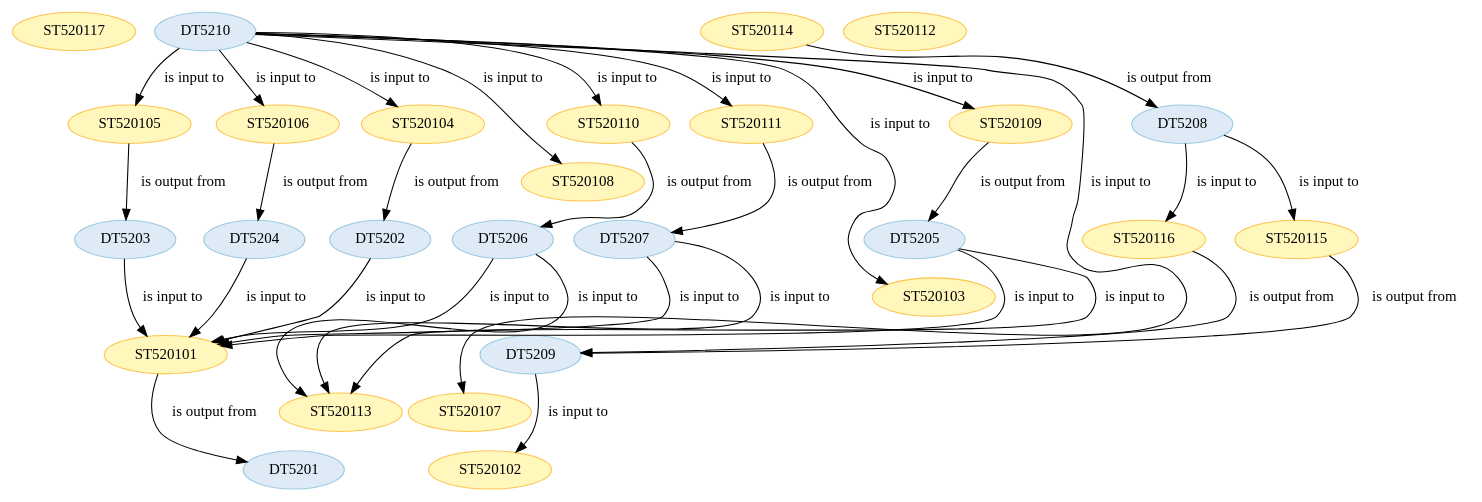
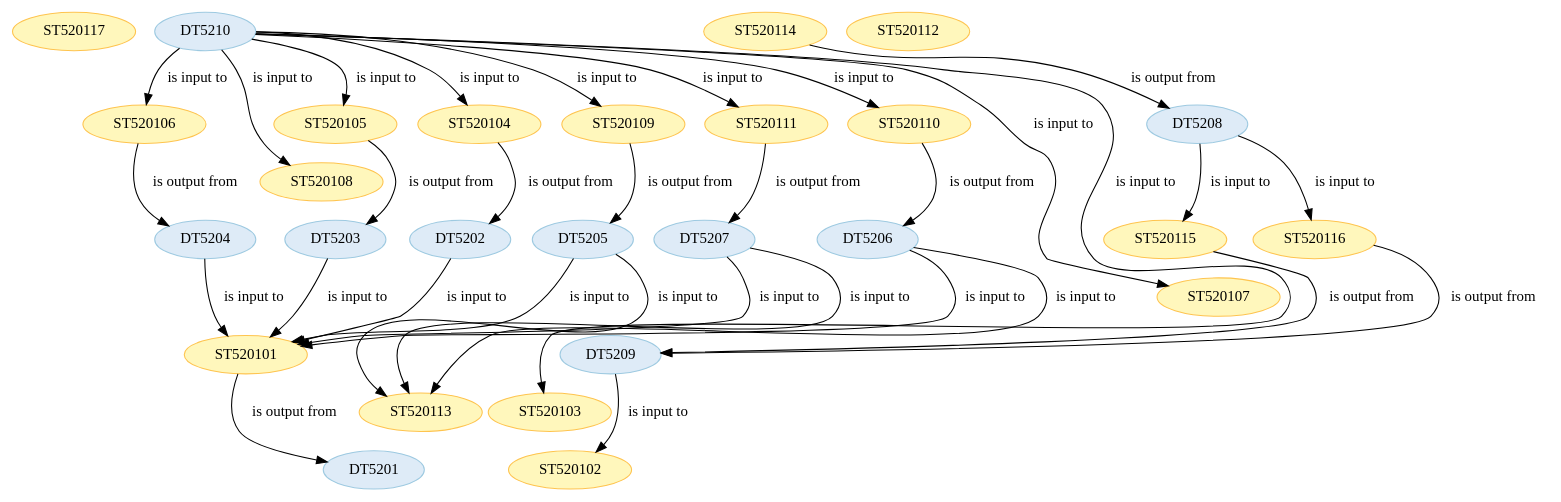
One commit to Marco-Salvi/cwl-test changed the diagram in wf5201/steps.dot. Above: the diagram before and after it, drawn with Graphviz. The commit also changed other lines of this file and 15 other files, not shown here.

```diff
--- a/wf5201/steps.dot
+++ b/wf5201/steps.dot
@@ -1,120 +1,120 @@
 strict digraph {
 
 
 	"ST520117" [ color="2", colorscheme="ylorbr3", fillcolor="1", style="filled",  weight=0 ];
 
-	"ST520101" [ color="2", colorscheme="ylorbr3", fillcolor="1", style="filled",  weight=0 ];
+	"ST520109" [ color="2", colorscheme="ylorbr3", fillcolor="1", style="filled",  weight=0 ];
 
-	"ST520101" -> "DT5201" [ label="is output from", labeltooltip="DT5201 - is output from - ST520101",  weight=0 ];
-
-	"DT5209" [ color="2", colorscheme="blues3", fillcolor="1", style="filled",  weight=0 ];
-
-	"DT5209" -> "ST520102" [ label="is input to", labeltooltip="DT5209 - is input to - ST520102",  weight=0 ];
-
-	"DT5206" [ color="2", colorscheme="blues3", fillcolor="1", style="filled",  weight=0 ];
-
-	"DT5206" -> "ST520113" [ label="is input to", labeltooltip="DT5206 - is input to - ST520113",  weight=0 ];
-
-	"DT5206" -> "ST520101" [ label="is input to", labeltooltip="DT5206 - is input to - ST520101",  weight=0 ];
-
-	"DT5210" [ color="2", colorscheme="blues3", fillcolor="1", style="filled",  weight=0 ];
-
-	"DT5210" -> "ST520104" [ label="is input to", labeltooltip="DT5210 - is input to - ST520104",  weight=0 ];
-
-	"DT5210" -> "ST520105" [ label="is input to", labeltooltip="DT5210 - is input to - ST520105",  weight=0 ];
-
-	"DT5210" -> "ST520111" [ label="is input to", labeltooltip="DT5210 - is input to - ST520111",  weight=0 ];
-
-	"DT5210" -> "ST520108" [ label="is input to", labeltooltip="DT5210 - is input to - ST520108",  weight=0 ];
-
-	"DT5210" -> "ST520109" [ label="is input to", labeltooltip="DT5210 - is input to - ST520109",  weight=0 ];
-
-	"DT5210" -> "ST520103" [ label="is input to", labeltooltip="DT5210 - is input to - ST520103",  weight=0 ];
-
-	"DT5210" -> "ST520106" [ label="is input to", labeltooltip="DT5210 - is input to - ST520106",  weight=0 ];
-
-	"DT5210" -> "ST520107" [ label="is input to", labeltooltip="DT5210 - is input to - ST520107",  weight=0 ];
-
-	"DT5210" -> "ST520110" [ label="is input to", labeltooltip="DT5210 - is input to - ST520110",  weight=0 ];
+	"ST520109" -> "DT5205" [ label="is output from", labeltooltip="DT5205 - is output from - ST520109",  weight=0 ];
 
 	"ST520108" [ color="2", colorscheme="ylorbr3", fillcolor="1", style="filled",  weight=0 ];
-
-	"ST520103" [ color="2", colorscheme="ylorbr3", fillcolor="1", style="filled",  weight=0 ];
-
-	"ST520105" [ color="2", colorscheme="ylorbr3", fillcolor="1", style="filled",  weight=0 ];
-
-	"ST520105" -> "DT5203" [ label="is output from", labeltooltip="DT5203 - is output from - ST520105",  weight=0 ];
-
-	"ST520113" [ color="2", colorscheme="ylorbr3", fillcolor="1", style="filled",  weight=0 ];
-
-	"ST520107" [ color="2", colorscheme="ylorbr3", fillcolor="1", style="filled",  weight=0 ];
 
 	"DT5205" [ color="2", colorscheme="blues3", fillcolor="1", style="filled",  weight=0 ];
 
 	"DT5205" -> "ST520101" [ label="is input to", labeltooltip="DT5205 - is input to - ST520101",  weight=0 ];
 
 	"DT5205" -> "ST520113" [ label="is input to", labeltooltip="DT5205 - is input to - ST520113",  weight=0 ];
 
-	"DT5204" [ color="2", colorscheme="blues3", fillcolor="1", style="filled",  weight=0 ];
+	"DT5203" [ color="2", colorscheme="blues3", fillcolor="1", style="filled",  weight=0 ];
 
-	"DT5204" -> "ST520101" [ label="is input to", labeltooltip="DT5204 - is input to - ST520101",  weight=0 ];
+	"DT5203" -> "ST520101" [ label="is input to", labeltooltip="DT5203 - is input to - ST520101",  weight=0 ];
+
+	"ST520113" [ color="2", colorscheme="ylorbr3", fillcolor="1", style="filled",  weight=0 ];
+
+	"ST520115" [ color="2", colorscheme="ylorbr3", fillcolor="1", style="filled",  weight=0 ];
+
+	"ST520115" -> "DT5209" [ label="is output from", labeltooltip="DT5209 - is output from - ST520115",  weight=0 ];
+
+	"ST520106" [ color="2", colorscheme="ylorbr3", fillcolor="1", style="filled",  weight=0 ];
+
+	"ST520106" -> "DT5204" [ label="is output from", labeltooltip="DT5204 - is output from - ST520106",  weight=0 ];
+
+	"ST520105" [ color="2", colorscheme="ylorbr3", fillcolor="1", style="filled",  weight=0 ];
+
+	"ST520105" -> "DT5203" [ label="is output from", labeltooltip="DT5203 - is output from - ST520105",  weight=0 ];
+
+	"DT5209" [ color="2", colorscheme="blues3", fillcolor="1", style="filled",  weight=0 ];
+
+	"DT5209" -> "ST520102" [ label="is input to", labeltooltip="DT5209 - is input to - ST520102",  weight=0 ];
+
+	"ST520102" [ color="2", colorscheme="ylorbr3", fillcolor="1", style="filled",  weight=0 ];
+
+	"ST520110" [ color="2", colorscheme="ylorbr3", fillcolor="1", style="filled",  weight=0 ];
+
+	"ST520110" -> "DT5206" [ label="is output from", labeltooltip="DT5206 - is output from - ST520110",  weight=0 ];
+
+	"ST520111" [ color="2", colorscheme="ylorbr3", fillcolor="1", style="filled",  weight=0 ];
+
+	"ST520111" -> "DT5207" [ label="is output from", labeltooltip="DT5207 - is output from - ST520111",  weight=0 ];
+
+	"ST520107" [ color="2", colorscheme="ylorbr3", fillcolor="1", style="filled",  weight=0 ];
+
+	"DT5206" [ color="2", colorscheme="blues3", fillcolor="1", style="filled",  weight=0 ];
+
+	"DT5206" -> "ST520101" [ label="is input to", labeltooltip="DT5206 - is input to - ST520101",  weight=0 ];
+
+	"DT5206" -> "ST520113" [ label="is input to", labeltooltip="DT5206 - is input to - ST520113",  weight=0 ];
+
+	"ST520114" [ color="2", colorscheme="ylorbr3", fillcolor="1", style="filled",  weight=0 ];
+
+	"ST520114" -> "DT5208" [ label="is output from", labeltooltip="DT5208 - is output from - ST520114",  weight=0 ];
 
 	"ST520112" [ color="2", colorscheme="ylorbr3", fillcolor="1", style="filled",  weight=0 ];
-
-	"DT5201" [ color="2", colorscheme="blues3", fillcolor="1", style="filled",  weight=0 ];
-
-	"ST520109" [ color="2", colorscheme="ylorbr3", fillcolor="1", style="filled",  weight=0 ];
-
-	"ST520109" -> "DT5205" [ label="is output from", labeltooltip="DT5205 - is output from - ST520109",  weight=0 ];
 
 	"ST520116" [ color="2", colorscheme="ylorbr3", fillcolor="1", style="filled",  weight=0 ];
 
 	"ST520116" -> "DT5209" [ label="is output from", labeltooltip="DT5209 - is output from - ST520116",  weight=0 ];
 
-	"ST520115" [ color="2", colorscheme="ylorbr3", fillcolor="1", style="filled",  weight=0 ];
+	"DT5202" [ color="2", colorscheme="blues3", fillcolor="1", style="filled",  weight=0 ];
 
-	"ST520115" -> "DT5209" [ label="is output from", labeltooltip="DT5209 - is output from - ST520115",  weight=0 ];
+	"DT5202" -> "ST520101" [ label="is input to", labeltooltip="DT5202 - is input to - ST520101",  weight=0 ];
+
+	"ST520104" [ color="2", colorscheme="ylorbr3", fillcolor="1", style="filled",  weight=0 ];
+
+	"ST520104" -> "DT5202" [ label="is output from", labeltooltip="DT5202 - is output from - ST520104",  weight=0 ];
+
+	"DT5201" [ color="2", colorscheme="blues3", fillcolor="1", style="filled",  weight=0 ];
+
+	"DT5204" [ color="2", colorscheme="blues3", fillcolor="1", style="filled",  weight=0 ];
+
+	"DT5204" -> "ST520101" [ label="is input to", labeltooltip="DT5204 - is input to - ST520101",  weight=0 ];
+
+	"DT5208" [ color="2", colorscheme="blues3", fillcolor="1", style="filled",  weight=0 ];
+
+	"DT5208" -> "ST520115" [ label="is input to", labeltooltip="DT5208 - is input to - ST520115",  weight=0 ];
+
+	"DT5208" -> "ST520116" [ label="is input to", labeltooltip="DT5208 - is input to - ST520116",  weight=0 ];
+
+	"DT5210" [ color="2", colorscheme="blues3", fillcolor="1", style="filled",  weight=0 ];
+
+	"DT5210" -> "ST520105" [ label="is input to", labeltooltip="DT5210 - is input to - ST520105",  weight=0 ];
+
+	"DT5210" -> "ST520106" [ label="is input to", labeltooltip="DT5210 - is input to - ST520106",  weight=0 ];
+
+	"DT5210" -> "ST520109" [ label="is input to", labeltooltip="DT5210 - is input to - ST520109",  weight=0 ];
+
+	"DT5210" -> "ST520103" [ label="is input to", labeltooltip="DT5210 - is input to - ST520103",  weight=0 ];
+
+	"DT5210" -> "ST520107" [ label="is input to", labeltooltip="DT5210 - is input to - ST520107",  weight=0 ];
+
+	"DT5210" -> "ST520108" [ label="is input to", labeltooltip="DT5210 - is input to - ST520108",  weight=0 ];
+
+	"DT5210" -> "ST520110" [ label="is input to", labeltooltip="DT5210 - is input to - ST520110",  weight=0 ];
+
+	"DT5210" -> "ST520104" [ label="is input to", labeltooltip="DT5210 - is input to - ST520104",  weight=0 ];
+
+	"DT5210" -> "ST520111" [ label="is input to", labeltooltip="DT5210 - is input to - ST520111",  weight=0 ];
+
+	"ST520101" [ color="2", colorscheme="ylorbr3", fillcolor="1", style="filled",  weight=0 ];
+
+	"ST520101" -> "DT5201" [ label="is output from", labeltooltip="DT5201 - is output from - ST520101",  weight=0 ];
+
+	"ST520103" [ color="2", colorscheme="ylorbr3", fillcolor="1", style="filled",  weight=0 ];
 
 	"DT5207" [ color="2", colorscheme="blues3", fillcolor="1", style="filled",  weight=0 ];
 
 	"DT5207" -> "ST520101" [ label="is input to", labeltooltip="DT5207 - is input to - ST520101",  weight=0 ];
 
 	"DT5207" -> "ST520113" [ label="is input to", labeltooltip="DT5207 - is input to - ST520113",  weight=0 ];
 
-	"ST520104" [ color="2", colorscheme="ylorbr3", fillcolor="1", style="filled",  weight=0 ];
-
-	"ST520104" -> "DT5202" [ label="is output from", labeltooltip="DT5202 - is output from - ST520104",  weight=0 ];
-
-	"ST520114" [ color="2", colorscheme="ylorbr3", fillcolor="1", style="filled",  weight=0 ];
-
-	"ST520114" -> "DT5208" [ label="is output from", labeltooltip="DT5208 - is output from - ST520114",  weight=0 ];
-
-	"ST520102" [ color="2", colorscheme="ylorbr3", fillcolor="1", style="filled",  weight=0 ];
-
-	"DT5208" [ color="2", colorscheme="blues3", fillcolor="1", style="filled",  weight=0 ];
-
-	"DT5208" -> "ST520115" [ label="is input to", labeltooltip="DT5208 - is input to - ST520115",  weight=0 ];
-
-	"DT5208" -> "ST520116" [ label="is input to", labeltooltip="DT5208 - is input to - ST520116",  weight=0 ];
-
-	"DT5203" [ color="2", colorscheme="blues3", fillcolor="1", style="filled",  weight=0 ];
-
-	"DT5203" -> "ST520101" [ label="is input to", labeltooltip="DT5203 - is input to - ST520101",  weight=0 ];
-
-	"ST520110" [ color="2", colorscheme="ylorbr3", fillcolor="1", style="filled",  weight=0 ];
-
-	"ST520110" -> "DT5206" [ label="is output from", labeltooltip="DT5206 - is output from - ST520110",  weight=0 ];
-
-	"ST520106" [ color="2", colorscheme="ylorbr3", fillcolor="1", style="filled",  weight=0 ];
-
-	"ST520106" -> "DT5204" [ label="is output from", labeltooltip="DT5204 - is output from - ST520106",  weight=0 ];
-
-	"DT5202" [ color="2", colorscheme="blues3", fillcolor="1", style="filled",  weight=0 ];
-
-	"DT5202" -> "ST520101" [ label="is input to", labeltooltip="DT5202 - is input to - ST520101",  weight=0 ];
-
-	"ST520111" [ color="2", colorscheme="ylorbr3", fillcolor="1", style="filled",  weight=0 ];
-
-	"ST520111" -> "DT5207" [ label="is output from", labeltooltip="DT5207 - is output from - ST520111",  weight=0 ];
-
 }
```
